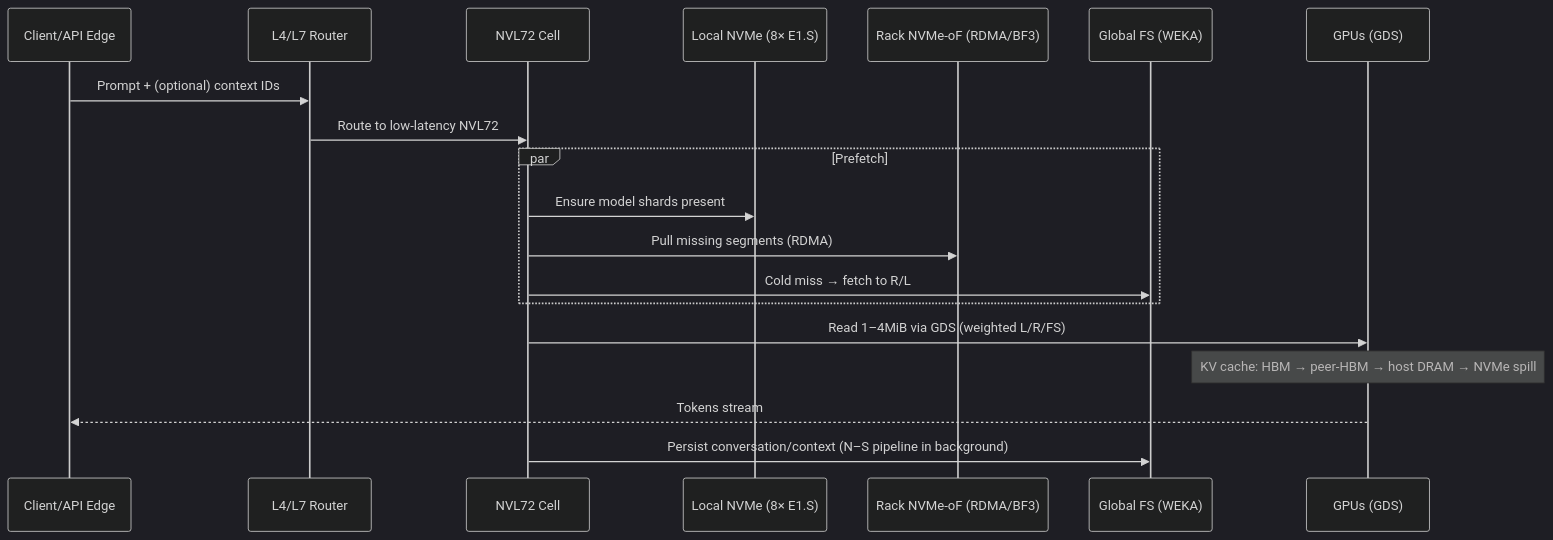
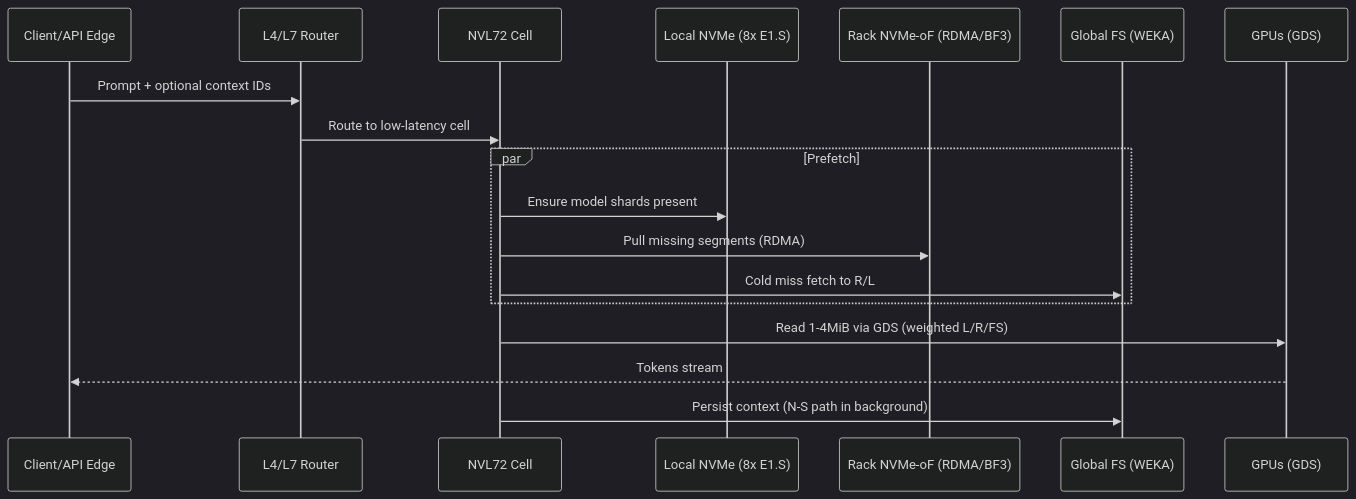
Before and after one commit to noelashford/Storage-Solution: the first of 5 diagrams in README.md, drawn with Mermaid (dark theme). The commit also changed other lines of this file, not shown here.

````diff
--- a/README.md
+++ b/README.md
@@ -67,22 +116,21 @@
 ```mermaid
 sequenceDiagram
   participant Client as Client/API Edge
   participant Router as L4/L7 Router
   participant Cell as NVL72 Cell
-  participant L as Local NVMe (8× E1.S)
-  participant R as Rack NVMe‑oF (RDMA/BF3)
+  participant L as Local NVMe (8x E1.S)
+  participant R as Rack NVMe-oF (RDMA/BF3)
   participant FS as Global FS (WEKA)
   participant GPU as GPUs (GDS)
 
-  Client->>Router: Prompt + (optional) context IDs
-  Router->>Cell: Route to low-latency NVL72
+  Client->>Router: Prompt + optional context IDs
+  Router->>Cell: Route to low-latency cell
   par Prefetch
     Cell->>L: Ensure model shards present
     Cell->>R: Pull missing segments (RDMA)
-    Cell->>FS: Cold miss → fetch to R/L
+    Cell->>FS: Cold miss fetch to R/L
   end
-  Cell->>GPU: Read 1–4MiB via GDS (weighted L/R/FS)
-  Note over GPU: KV cache: HBM → peer-HBM → host DRAM → NVMe spill
+  Cell->>GPU: Read 1-4MiB via GDS (weighted L/R/FS)
   GPU-->>Client: Tokens stream
-  Cell->>FS: Persist conversation/context (N–S pipeline in background)
+  Cell->>FS: Persist context (N-S path in background)
 ```
````
